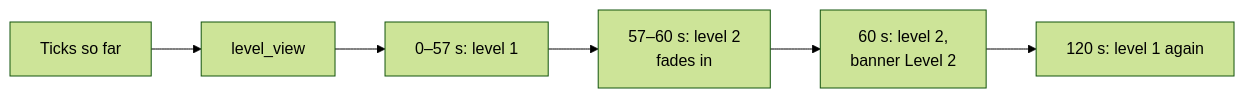
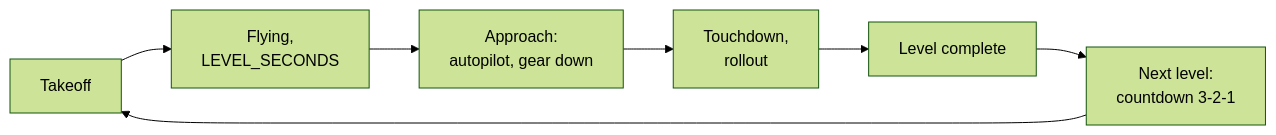
One commit to m0nstergamez/airplane-scoring changed the seventh of 9 diagrams in docs/content/en/develop.md. Above: the diagram before and after it, drawn with Mermaid (forest theme). The commit also changed other lines of this file and 12 other files, not shown here.

First line of the commit message:
End each level with a landing; the next level counts down and takes off

````diff
--- a/docs/content/en/develop.md
+++ b/docs/content/en/develop.md
@@ -279,5 +280,4 @@
 ```mermaid
 flowchart LR
-    T["Ticks so far"] --> V["level_view"]
-    V --> L1["0–57 s: level 1"] --> F["57–60 s: level 2<br/>fades in"] --> L2["60 s: level 2,<br/>banner Level 2"] --> R["120 s: level 1 again"]
+    T["Takeoff"] --> F["Flying,<br/>LEVEL_SECONDS"] --> A["Approach:<br/>autopilot, gear down"] --> R["Touchdown,<br/>rollout"] --> C["Level complete"] --> N["Next level:<br/>countdown 3-2-1"] --> T
 ```
````
